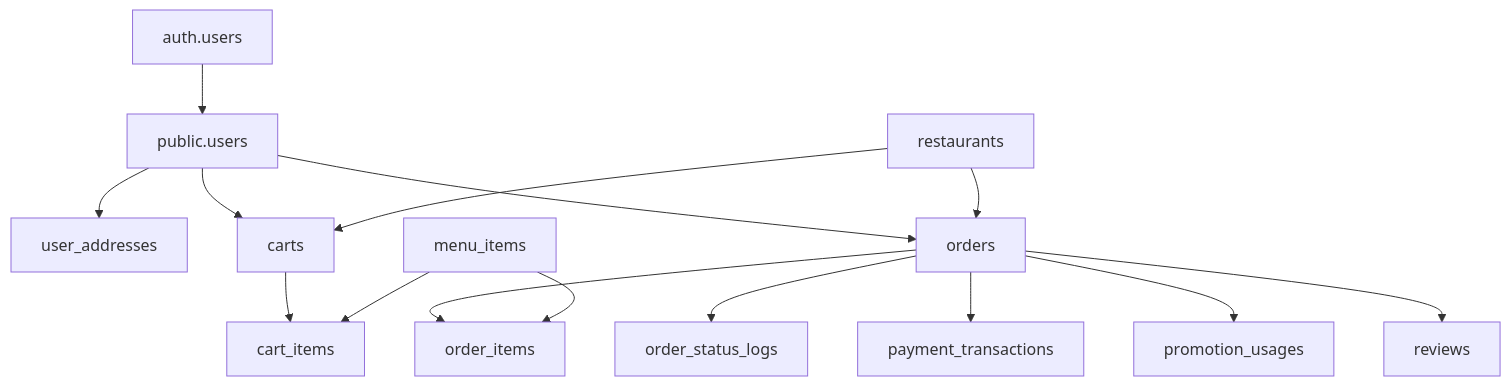
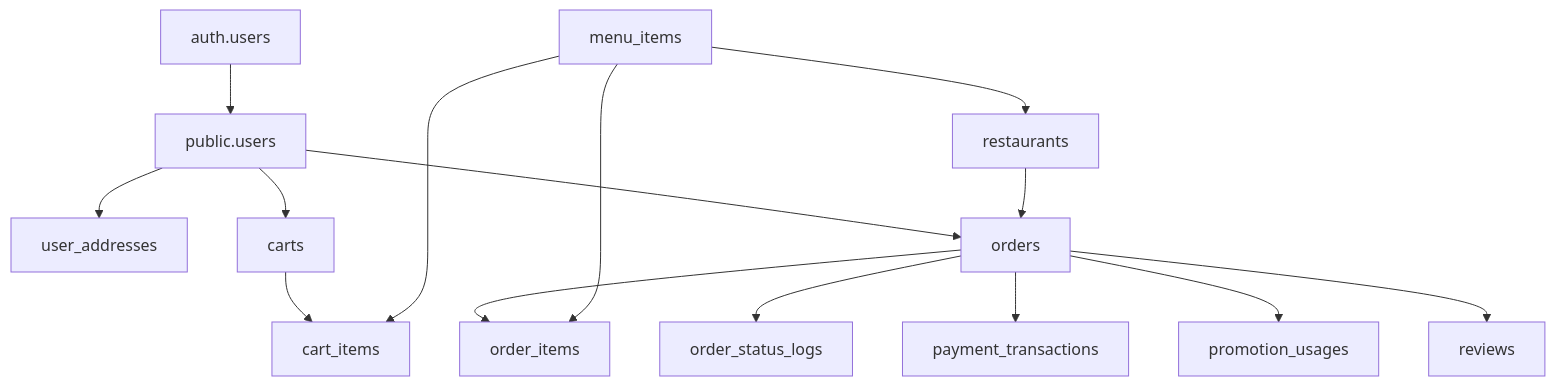
One commit to UTT-k74HT22/FoodCouriers-Client changed the second of 2 diagrams in docs/technical_design/cart-order-checkout-flow-v1.md. Above: the diagram before and after it, drawn with Mermaid. The commit also changed other lines of this file and 13 other files, not shown here.

````diff
--- a/docs/technical_design/cart-order-checkout-flow-v1.md
+++ b/docs/technical_design/cart-order-checkout-flow-v1.md
@@ -561,17 +598,17 @@
 ```mermaid
 flowchart TD
     AU[auth.users] --> U[public.users]
     U --> UA[user_addresses]
     U --> C[carts]
     C --> CI[cart_items]
     U --> O[orders]
     O --> OI[order_items]
     O --> OSL[order_status_logs]
     O --> PT[payment_transactions]
     O --> PU[promotion_usages]
     O --> RV[reviews]
-    R[restaurants] --> C
-    R --> O
+    R[restaurants] --> O
     M[menu_items] --> CI
+    M --> R
     M --> OI
 ```
````
